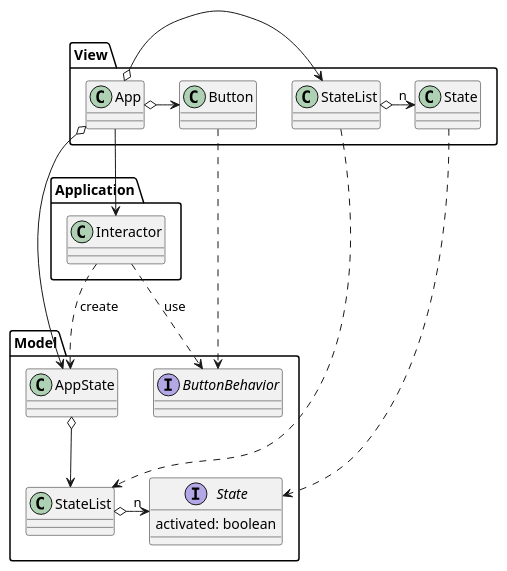
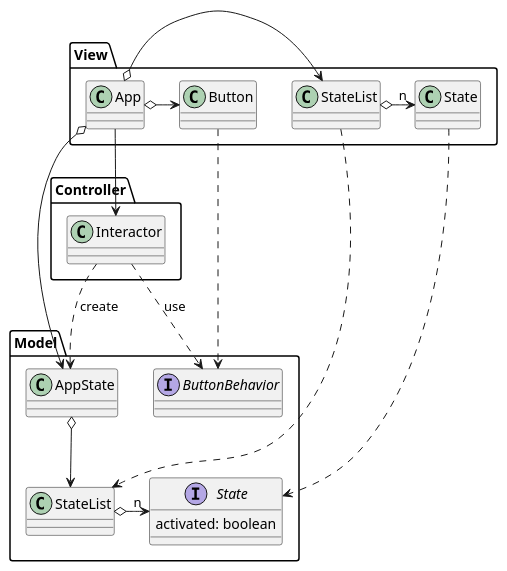
One commit to tooppoo/sample-for-vue-with-design-patterns changed the first of 2 diagrams in docs/strategy.puml. Above: the diagram before and after it, drawn with PlantUML. The commit also changed other lines of this file and 5 other files, not shown here.

```diff
--- a/docs/strategy.puml
+++ b/docs/strategy.puml
@@ -1,36 +1,36 @@
 @startuml View And Model
 package View {
   class App
   class "StateList" as VStateList
   class "State" as VState
   class Button
 
   App o-r-> VStateList
   VStateList o-r-> "n" VState
 
   App o-r-> Button
 }
 
-package Application {
+package Controller {
   class Interactor
 }
 
 package Model {
   interface ButtonBehavior
   interface "State" as MState {
     activated: boolean
   }
   class "StateList" as MStateList
   MStateList o-l-> "n" MState
 
   AppState o--> MStateList
   Interactor .r.> AppState : create
   Interactor ..> ButtonBehavior : use
 }
 
 App --> Interactor
 App o--> AppState
 VStateList ..> MStateList
 VState ..> MState
 Button ..> ButtonBehavior
 @enduml
```
